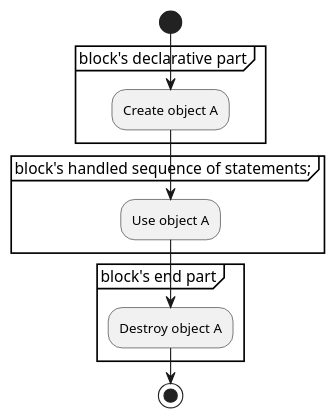
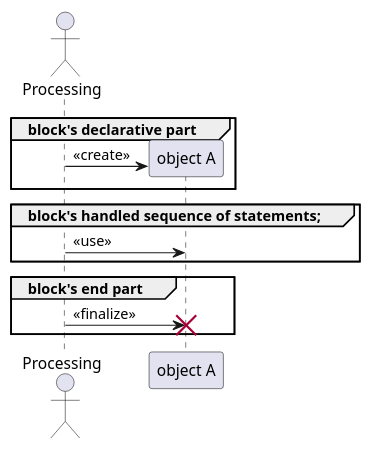
Before and after one commit to AdaCore/learn: the second of 9 diagrams in content/courses/advanced-ada/parts/resource_management/controlled_types.rst, drawn with PlantUML. The commit also changed other lines of this file, not shown here.

First line of the commit message:
Converting type of UML diagrams

```diff
--- a/content/courses/advanced-ada/parts/resource_management/controlled_types.rst
+++ b/content/courses/advanced-ada/parts/resource_management/controlled_types.rst
@@ -60,17 +60,18 @@
 .. uml::
    :align: center
-   :width: 230pt
+   :width: 300pt
 
     @startuml
-    start
-    group block's declarative part
-        :Create object A;
-    end group
-    group block's handled sequence of statements;
-        :Use object A;
-    end group
-    group block's end part
-        :Destroy object A;
-    end group
-    stop
+        actor Processing
+        participant "object A" as A
+
+        group block's declarative part
+            Processing -> A ** : << create >>
+        end
+        group block's handled sequence of statements;
+            Processing -> A : << use >>
+        end
+        group block's end part
+            Processing -> A !! : << finalize >>
+        end
     @enduml
```
